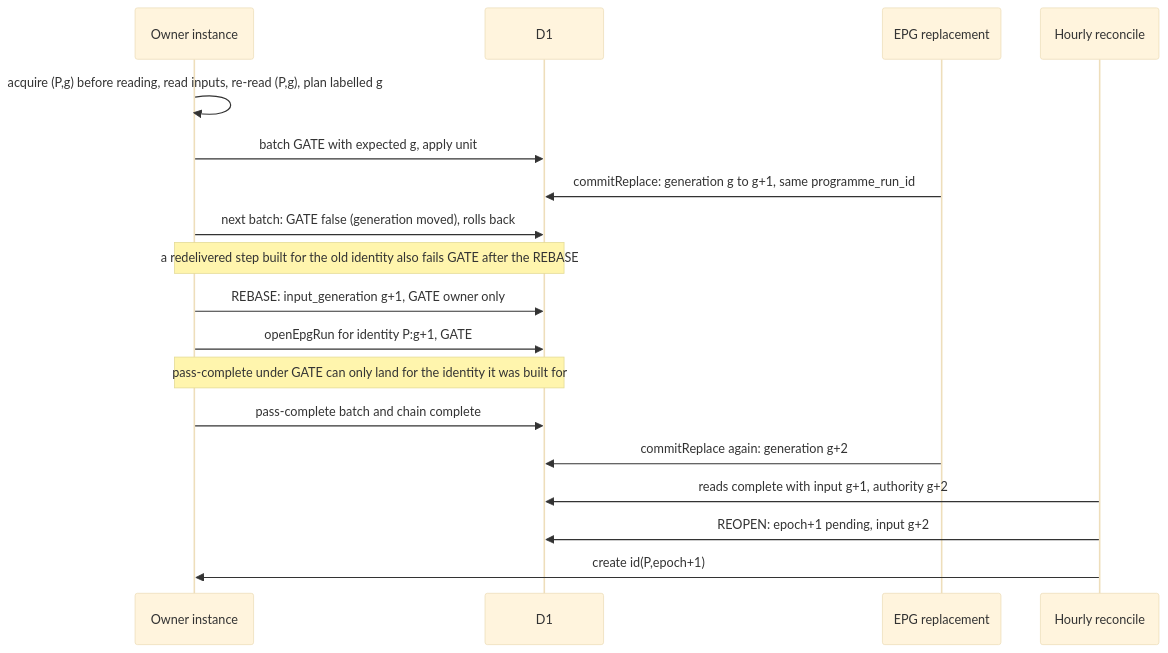
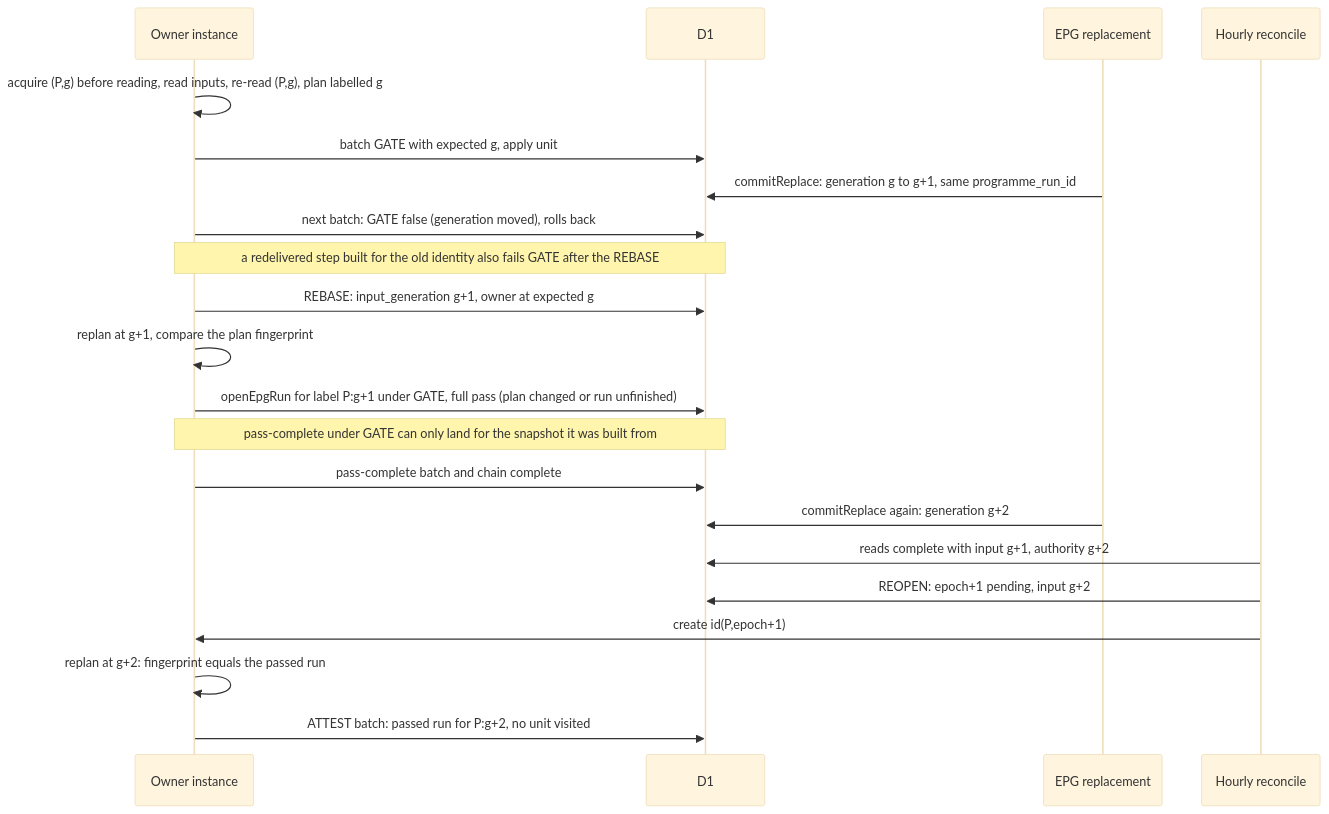
The fourth of 5 diagrams in docs/adr/0141-producer-workflow-chain-protocol.md (vladimino/iptv-watchlist), drawn with Mermaid (base theme) before and after one commit. The commit also changed other lines of this file and 1 other file, not shown here.

First line of the commit message:
docs(adr): ADR 0141, separate source identity from projection recomputation (AIR-374)

````diff
--- a/docs/adr/0141-producer-workflow-chain-protocol.md
+++ b/docs/adr/0141-producer-workflow-chain-protocol.md
@@ -335,20 +396,23 @@
 ```mermaid
 sequenceDiagram
     participant O as Owner instance
     participant D as D1
     participant E as EPG replacement
     participant H as Hourly reconcile
     O->>O: acquire (P,g) before reading, read inputs, re-read (P,g), plan labelled g
     O->>D: batch GATE with expected g, apply unit
     E->>D: commitReplace: generation g to g+1, same programme_run_id
     O->>D: next batch: GATE false (generation moved), rolls back
     Note over O,D: a redelivered step built for the old identity also fails GATE after the REBASE
-    O->>D: REBASE: input_generation g+1, GATE owner only
-    O->>D: openEpgRun for identity P:g+1, GATE
-    Note over O,D: pass-complete under GATE can only land for the identity it was built for
+    O->>D: REBASE: input_generation g+1, owner at expected g
+    O->>O: replan at g+1, compare the plan fingerprint
+    O->>D: openEpgRun for label P:g+1 under GATE, full pass (plan changed or run unfinished)
+    Note over O,D: pass-complete under GATE can only land for the snapshot it was built from
     O->>D: pass-complete batch and chain complete
     E->>D: commitReplace again: generation g+2
     H->>D: reads complete with input g+1, authority g+2
     H->>D: REOPEN: epoch+1 pending, input g+2
     H->>O: create id(P,epoch+1)
+    O->>O: replan at g+2: fingerprint equals the passed run
+    O->>D: ATTEST batch: passed run for P:g+2, no unit visited
 ```
````
